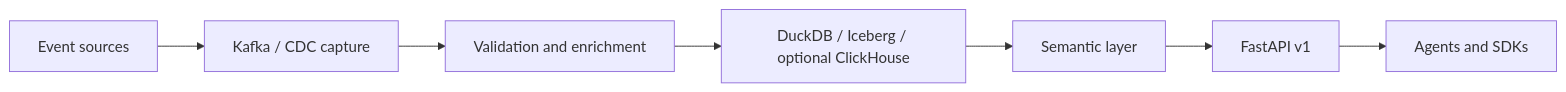
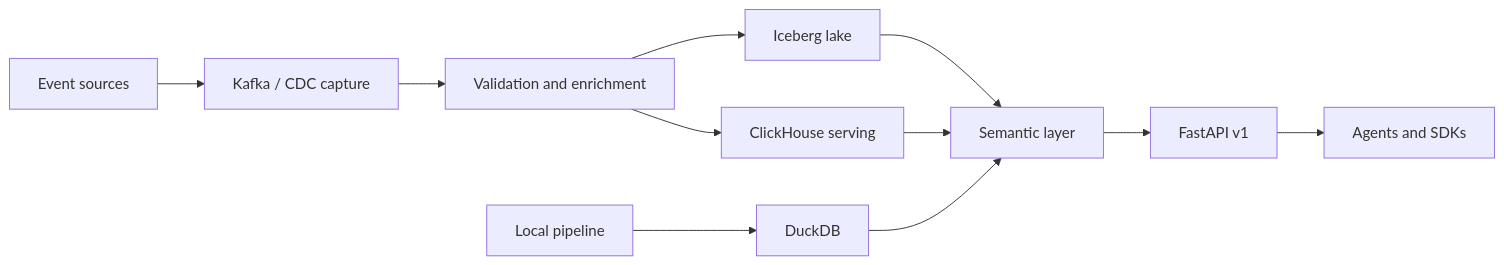
Before and after one commit to brownjuly2003-code/agentflow: the diagram in docs/index.md, drawn with Mermaid. The commit also changed other lines of this file and 10 other files, not shown here.

Commit message:
docs: establish documentation information architecture

````diff
--- a/docs/index.md
+++ b/docs/index.md
@@ -35,9 +36,13 @@
 ```mermaid
 flowchart LR
     sources["Event sources"] --> capture["Kafka / CDC capture"]
     capture --> processing["Validation and enrichment"]
-    processing --> storage["DuckDB / Iceberg / optional ClickHouse"]
-    storage --> semantic["Semantic layer"]
+    processing --> lake["Iceberg lake"]
+    processing --> serving["ClickHouse serving"]
+    local["Local pipeline"] --> duckdb["DuckDB"]
+    lake --> semantic["Semantic layer"]
+    serving --> semantic
+    duckdb --> semantic
     semantic --> api["FastAPI v1"]
     api --> clients["Agents and SDKs"]
 ```
````
